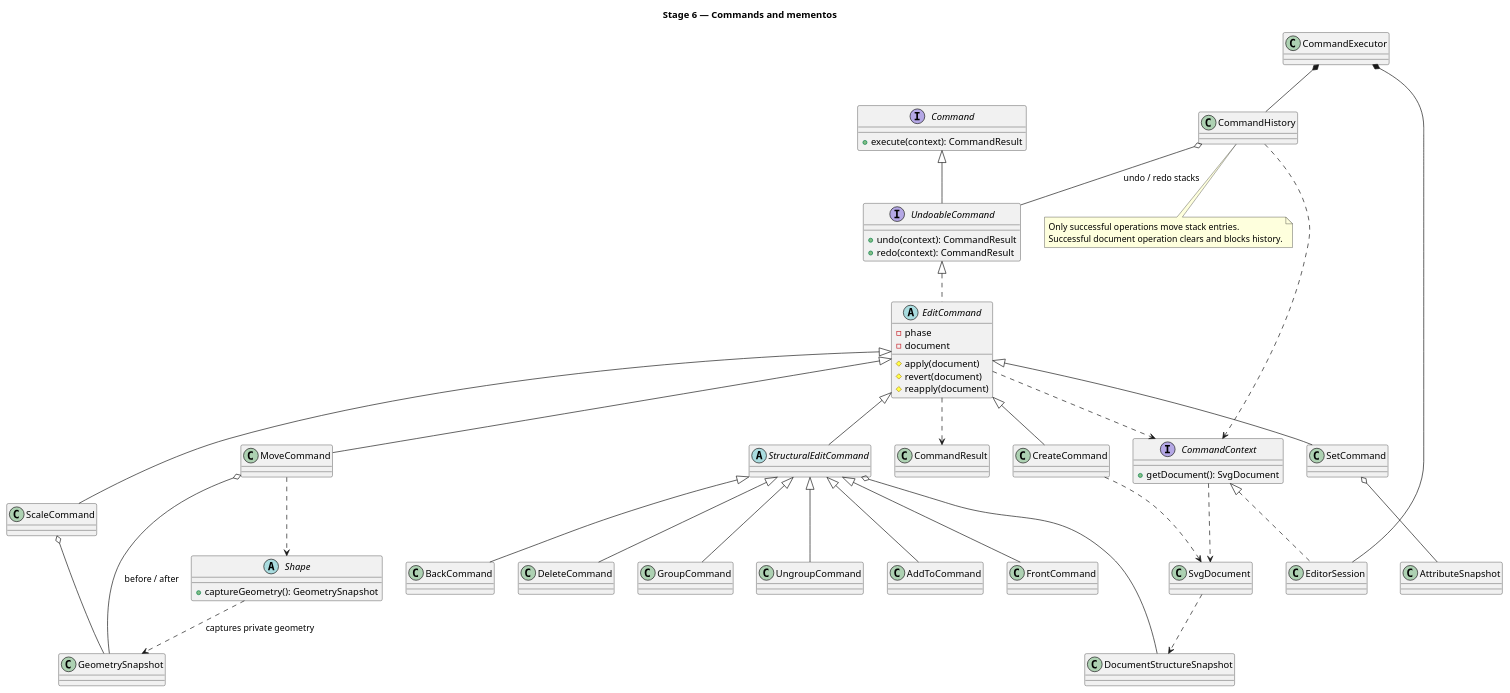
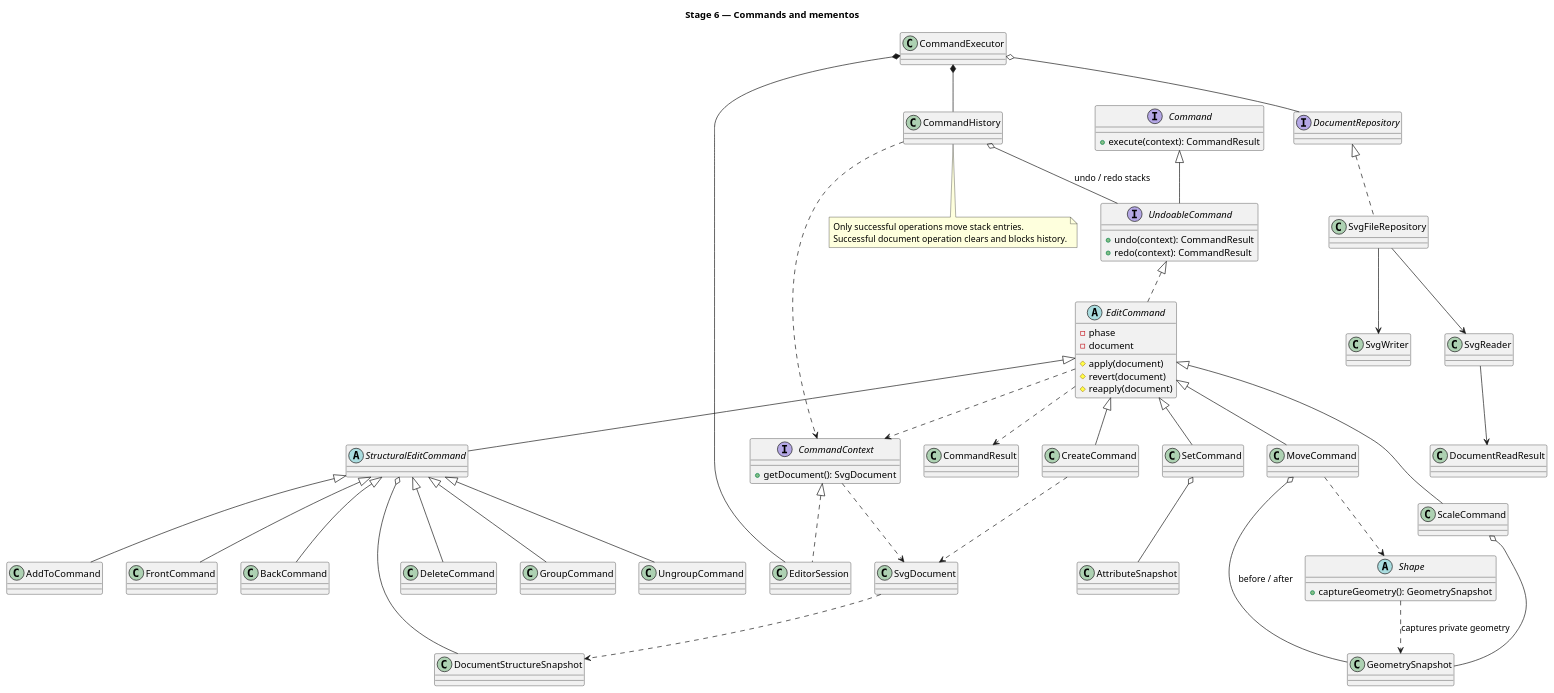
The diagram in doc/commands.puml (Liusizhuozhuo/svg-editor-lab1), drawn with PlantUML before and after one commit. The commit also changed 30 other files, not shown here.

Commit message:
feat: implement SVG persistence and document lifecycle

```diff
--- a/doc/commands.puml
+++ b/doc/commands.puml
@@ -1,75 +1,85 @@
 @startuml
  title Stage 6 — Commands and mementos
  interface CommandContext {
    + getDocument(): SvgDocument
  }
  interface Command {
    + execute(context): CommandResult
  }
  interface UndoableCommand {
    + undo(context): CommandResult
    + redo(context): CommandResult
  }
  abstract class EditCommand {
    - phase
    - document
    # apply(document)
    # revert(document)
    # reapply(document)
  }
  class CreateCommand
  class MoveCommand
  class CommandResult
  class EditorSession
  class CommandExecutor
  class CommandHistory
  class SvgDocument
  class GeometrySnapshot
  abstract class Shape {
    + captureGeometry(): GeometrySnapshot
  }
  Command <|-- UndoableCommand
  UndoableCommand <|.. EditCommand
  EditCommand <|-- CreateCommand
  EditCommand <|-- MoveCommand
  CommandContext <|.. EditorSession
  CommandExecutor *-- EditorSession
  CommandExecutor *-- CommandHistory
  CommandHistory o-- UndoableCommand : undo / redo stacks
  CommandHistory ..> CommandContext
  EditCommand ..> CommandContext
  EditCommand ..> CommandResult
  CommandContext ..> SvgDocument
  CreateCommand ..> SvgDocument
  MoveCommand ..> Shape
  MoveCommand o-- GeometrySnapshot : before / after
  Shape ..> GeometrySnapshot : captures private geometry
  note bottom of CommandHistory
    Only successful operations move stack entries.
    Successful document operation clears and blocks history.
  end note
  abstract class StructuralEditCommand
  class DeleteCommand
  class GroupCommand
  class UngroupCommand
  class AddToCommand
  class FrontCommand
  class BackCommand
  class ScaleCommand
  class SetCommand
  class AttributeSnapshot
  class DocumentStructureSnapshot
  EditCommand <|-- StructuralEditCommand
  StructuralEditCommand <|-- DeleteCommand
  StructuralEditCommand <|-- GroupCommand
  StructuralEditCommand <|-- UngroupCommand
  StructuralEditCommand <|-- AddToCommand
  StructuralEditCommand <|-- FrontCommand
  StructuralEditCommand <|-- BackCommand
  EditCommand <|-- ScaleCommand
  EditCommand <|-- SetCommand
  ScaleCommand o-- GeometrySnapshot
  SetCommand o-- AttributeSnapshot
  StructuralEditCommand o-- DocumentStructureSnapshot
  SvgDocument ..> DocumentStructureSnapshot
+ interface DocumentRepository
+ class DocumentReadResult
+ class SvgFileRepository
+ class SvgReader
+ class SvgWriter
+ CommandExecutor o-- DocumentRepository
+ DocumentRepository <|.. SvgFileRepository
+ SvgFileRepository --> SvgReader
+ SvgFileRepository --> SvgWriter
+ SvgReader --> DocumentReadResult
 @enduml
```
